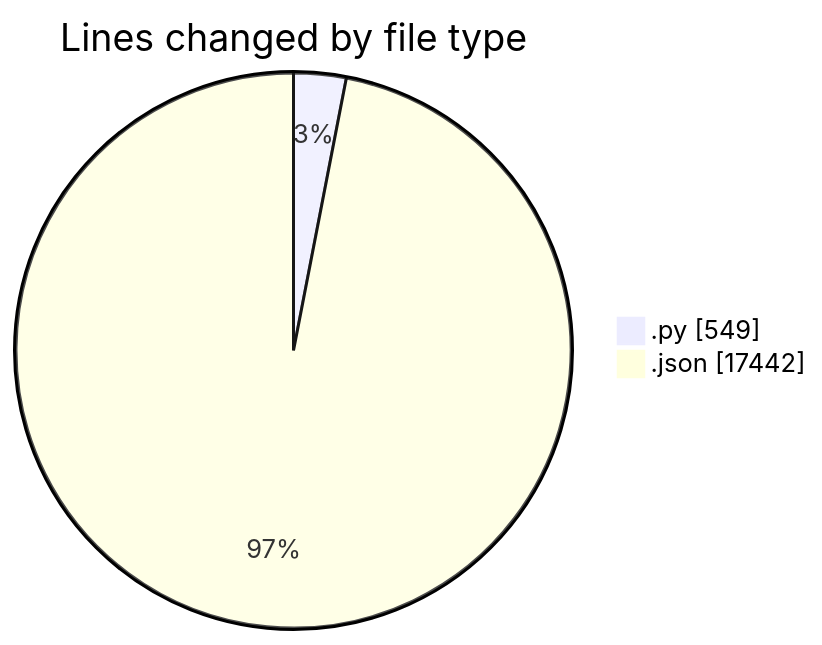
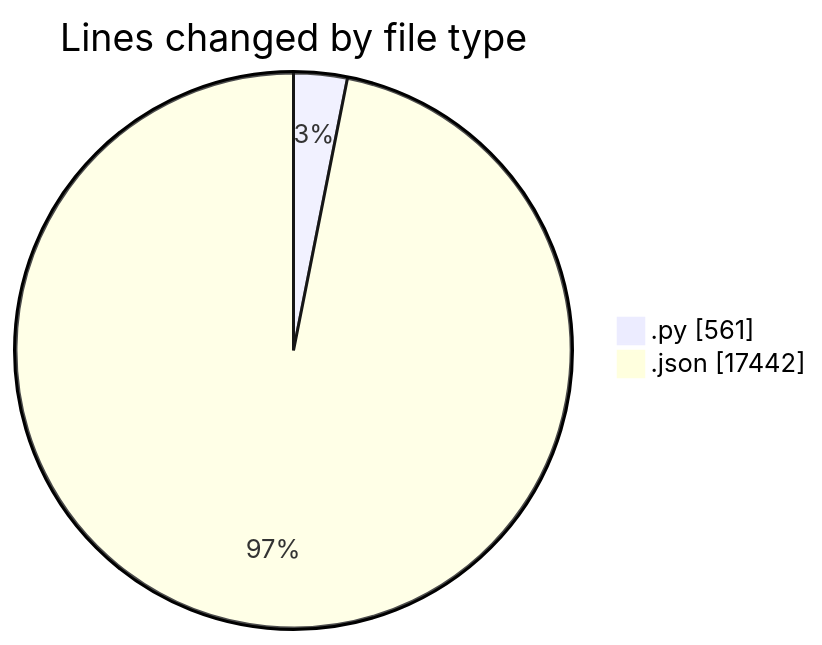
Before and after one commit to MatusMokan/code-tracking: the first of 2 diagrams in 2025-10-25/untitled__workspace_/README.md, drawn with Mermaid. The commit also changed other lines of this file and 1 other file, not shown here.

````diff
--- a/2025-10-25/untitled__workspace_/README.md
+++ b/2025-10-25/untitled__workspace_/README.md
@@ -21,6 +21,6 @@
 ```mermaid
 pie showData
 title Lines changed by file type
-".py" : 549
+".py" : 561
 ".json" : 17442
 ```
````
